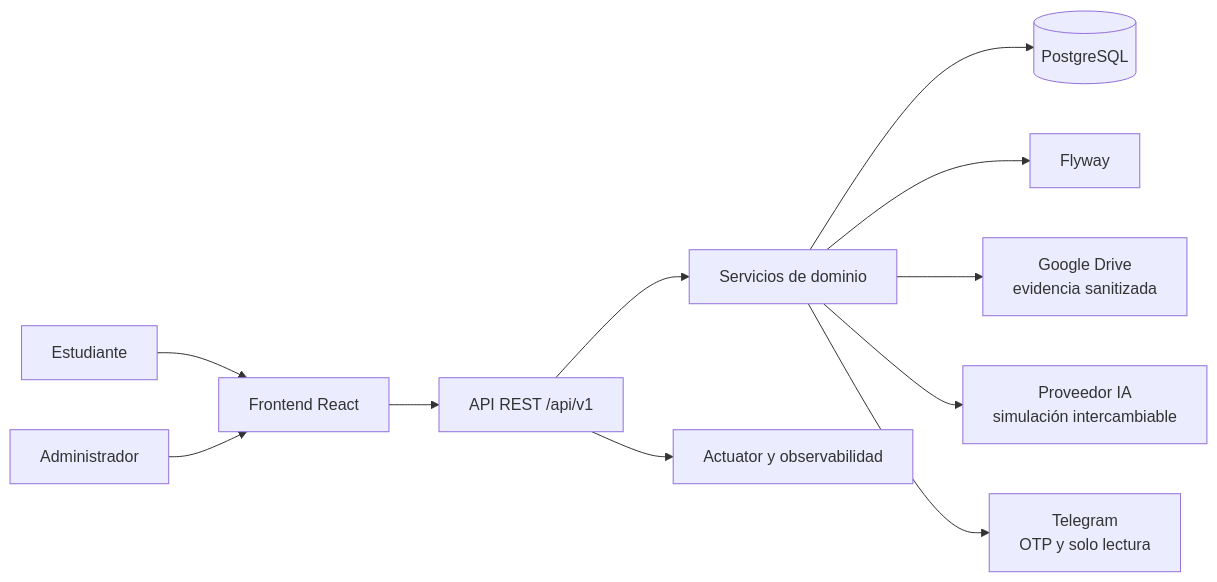
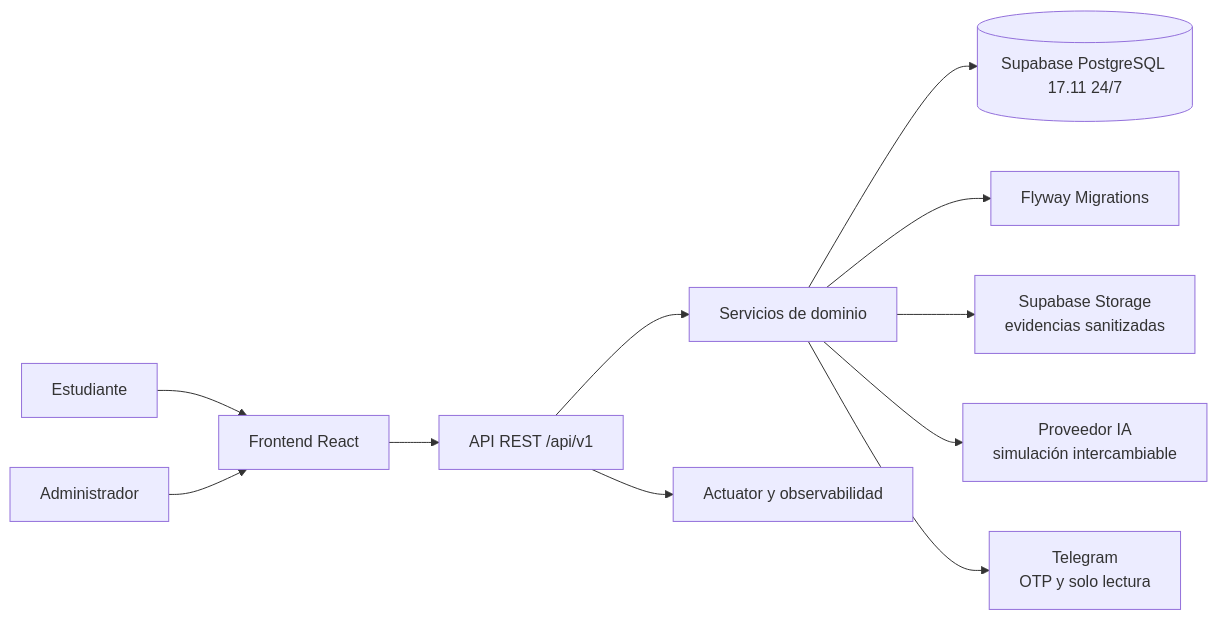
One commit to BurbanoValentina/Buzon_Agente changed the first of 2 diagrams in docs/informe-tecnico.md. Above: the diagram before and after it, drawn with Mermaid. The commit also changed other lines of this file and 2 other files, not shown here.

````diff
--- a/docs/informe-tecnico.md
+++ b/docs/informe-tecnico.md
@@ -41,13 +42,13 @@
 ```mermaid
 flowchart LR
     U[Estudiante] --> FE[Frontend React]
     A[Administrador] --> FE
     FE --> API[API REST /api/v1]
     API --> S[Servicios de dominio]
-    S --> DB[(PostgreSQL)]
-    S --> FD[Flyway]
-    S --> GD[Google Drive<br/>evidencia sanitizada]
+    S --> DB[(Supabase PostgreSQL 17.11 24/7)]
+    S --> FD[Flyway Migrations]
+    S --> ST[Supabase Storage<br/>evidencias sanitizadas]
     S --> AI[Proveedor IA<br/>simulación intercambiable]
     S --> TG[Telegram<br/>OTP y solo lectura]
     API --> OBS[Actuator y observabilidad]
 ```
````
